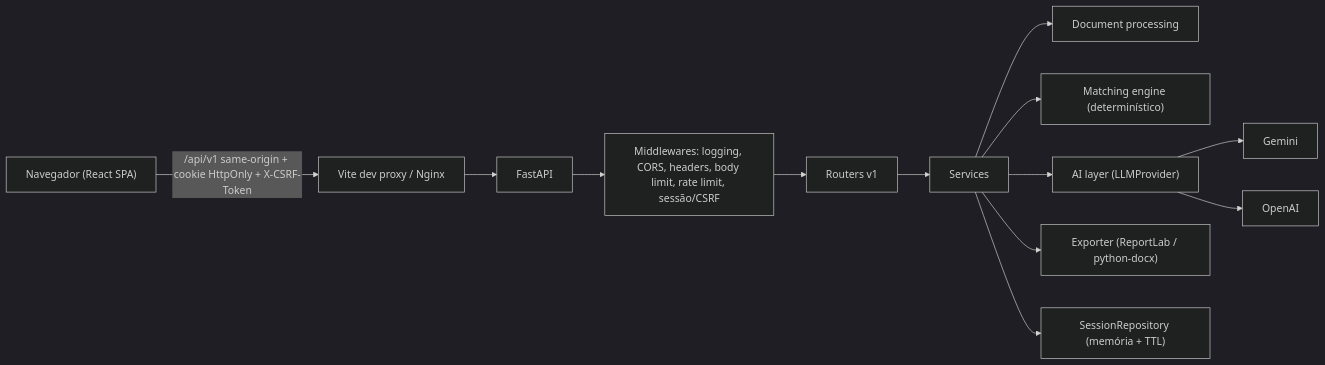
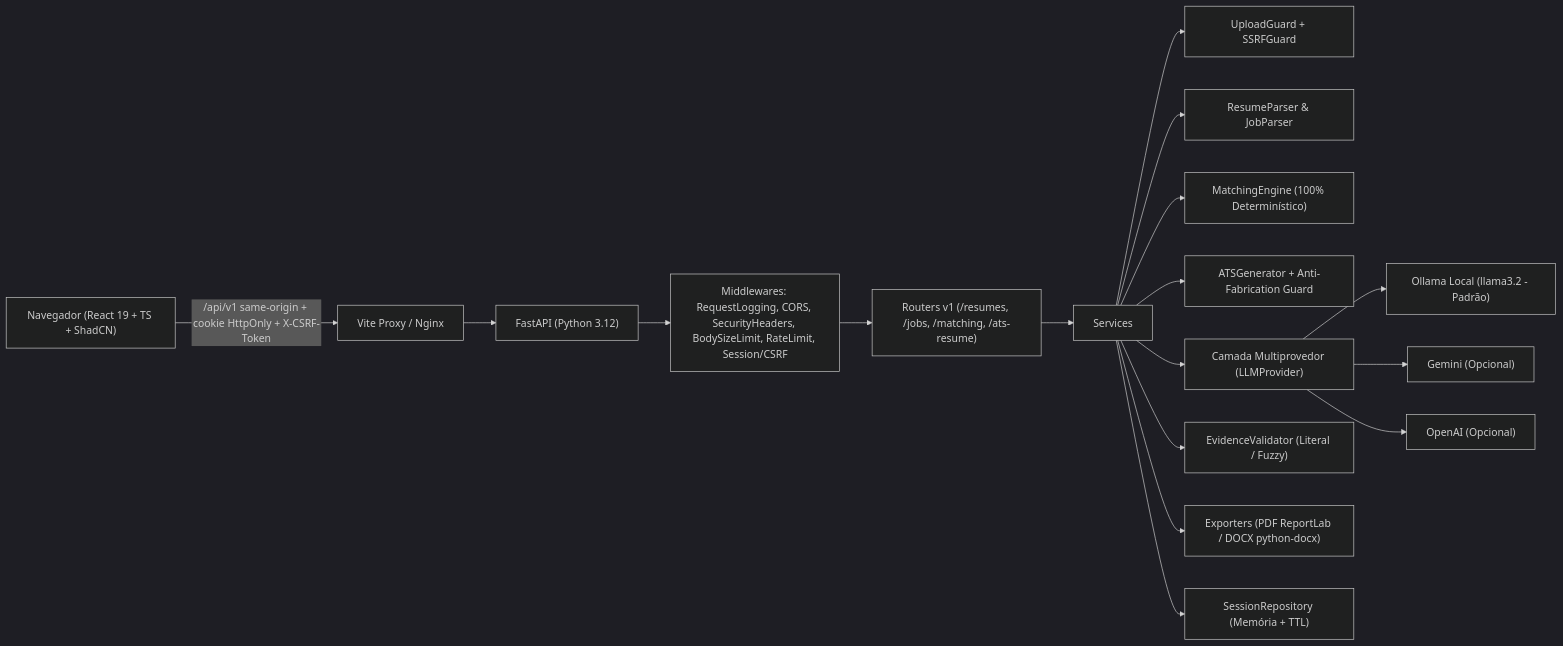
One commit to KamilaRib/-Careermatch-ai changed the diagram in docs/architecture.md. Above: the diagram before and after it, drawn with Mermaid (dark theme). The commit also changed other lines of this file and 6 other files, not shown here.

````diff
--- a/docs/architecture.md
+++ b/docs/architecture.md
@@ -5,15 +5,19 @@
 ```mermaid
 flowchart LR
-  U["Navegador (React SPA)"] -->|"/api/v1 same-origin + cookie HttpOnly + X-CSRF-Token"| P["Vite dev proxy / Nginx"]
-  P --> API["FastAPI"]
-  API --> MW["Middlewares: logging, CORS, headers, body limit, rate limit, sessão/CSRF"]
-  MW --> R["Routers v1"]
+  U["Navegador (React 19 + TS + ShadCN)"] -->|"/api/v1 same-origin + cookie HttpOnly + X-CSRF-Token"| P["Vite Proxy / Nginx"]
+  P --> API["FastAPI (Python 3.12)"]
+  API --> MW["Middlewares: RequestLogging, CORS, SecurityHeaders, BodySizeLimit, RateLimit, Session/CSRF"]
+  MW --> R["Routers v1 (/resumes, /jobs, /matching, /ats-resume)"]
   R --> S["Services"]
-  S --> DP["Document processing"]
-  S --> ME["Matching engine (determinístico)"]
-  S --> AI["AI layer (LLMProvider)"]
-  AI --> G["Gemini"]
-  AI --> O["OpenAI"]
-  S --> EX["Exporter (ReportLab / python-docx)"]
-  S --> REPO["SessionRepository (memória + TTL)"]
+  S --> UG["UploadGuard + SSRFGuard"]
+  S --> DP["ResumeParser & JobParser"]
+  S --> ME["MatchingEngine (100% Determinístico)"]
+  S --> AG["ATSGenerator + Anti-Fabrication Guard"]
+  S --> AI["Camada Multiprovedor (LLMProvider)"]
+  AI --> OL["Ollama Local (llama3.2 - Padrão)"]
+  AI --> G["Gemini (Opcional)"]
+  AI --> O["OpenAI (Opcional)"]
+  S --> EV["EvidenceValidator (Literal / Fuzzy)"]
+  S --> EX["Exporters (PDF ReportLab / DOCX python-docx)"]
+  S --> REPO["SessionRepository (Memória + TTL)"]
 ```
````
